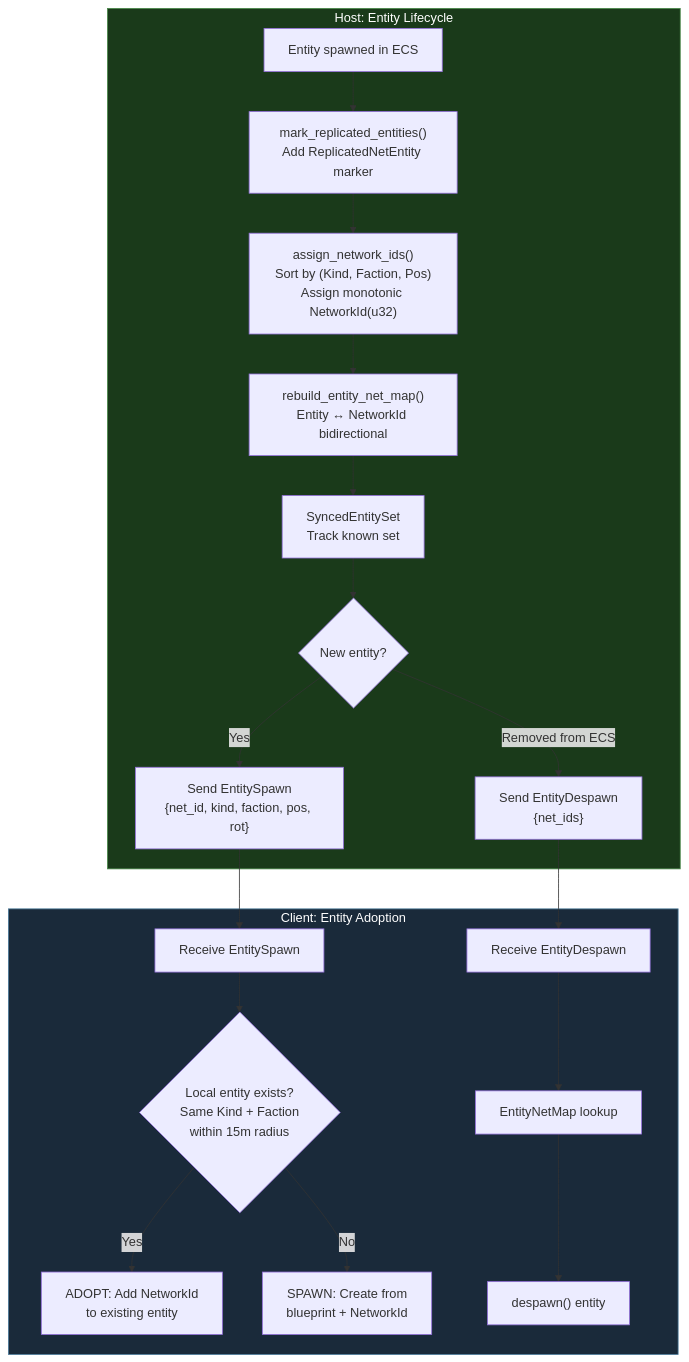
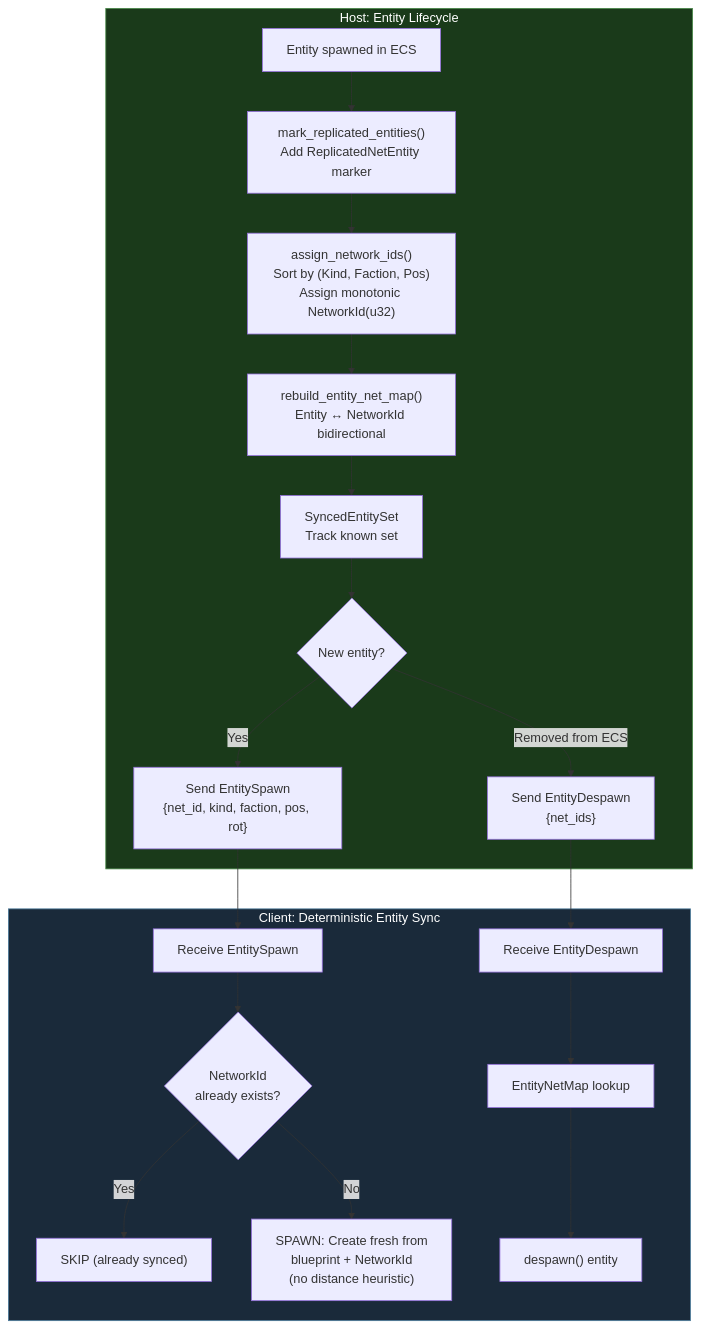
The eighth of 11 diagrams in docs/multiplayer-architecture.md (pashaydev/RTS), drawn with Mermaid before and after one commit. The commit also changed other lines of this file and 17 other files, not shown here.

````diff
--- a/docs/multiplayer-architecture.md
+++ b/docs/multiplayer-architecture.md
@@ -374,30 +392,30 @@
 ```mermaid
 flowchart TD
     subgraph HostSide["Host: Entity Lifecycle"]
         SPAWN["Entity spawned in ECS"]
         SPAWN --> MARK["mark_replicated_entities()\nAdd ReplicatedNetEntity marker"]
         MARK --> ASSIGN["assign_network_ids()\nSort by (Kind, Faction, Pos)\nAssign monotonic NetworkId(u32)"]
         ASSIGN --> MAP["rebuild_entity_net_map()\nEntity ↔ NetworkId bidirectional"]
         MAP --> TRACK["SyncedEntitySet\nTrack known set"]
         TRACK --> DIFF{"New entity?"}
         DIFF -->|Yes| BROADCAST["Send EntitySpawn\n{net_id, kind, faction, pos, rot}"]
         DIFF -->|"Removed from ECS"| DESPAWN["Send EntityDespawn\n{net_ids}"]
     end
 
-    subgraph ClientSide["Client: Entity Adoption"]
+    subgraph ClientSide["Client: Deterministic Entity Sync"]
         RECEIVE["Receive EntitySpawn"]
-        RECEIVE --> SEARCH{"Local entity exists?\nSame Kind + Faction\nwithin 15m radius"}
-        SEARCH -->|Yes| ADOPT["ADOPT: Add NetworkId\nto existing entity"]
-        SEARCH -->|No| CREATE["SPAWN: Create from\nblueprint + NetworkId"]
+        RECEIVE --> KNOWN{"NetworkId\nalready exists?"}
+        KNOWN -->|Yes| SKIP["SKIP (already synced)"]
+        KNOWN -->|No| CREATE["SPAWN: Create fresh from\nblueprint + NetworkId\n(no distance heuristic)"]
 
         RECEIVE2["Receive EntityDespawn"]
         RECEIVE2 --> LOOKUP["EntityNetMap lookup"]
         LOOKUP --> REMOVE["despawn() entity"]
     end
 
     BROADCAST --> RECEIVE
     DESPAWN --> RECEIVE2
 
     style HostSide fill:#1a3a1a,stroke:#4a8a4a,color:#fff
     style ClientSide fill:#1a2a3a,stroke:#4a7a9a,color:#fff
 ```
````
